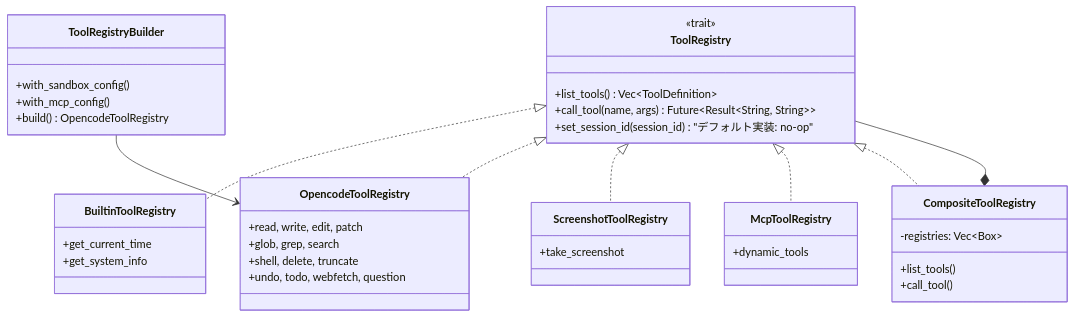
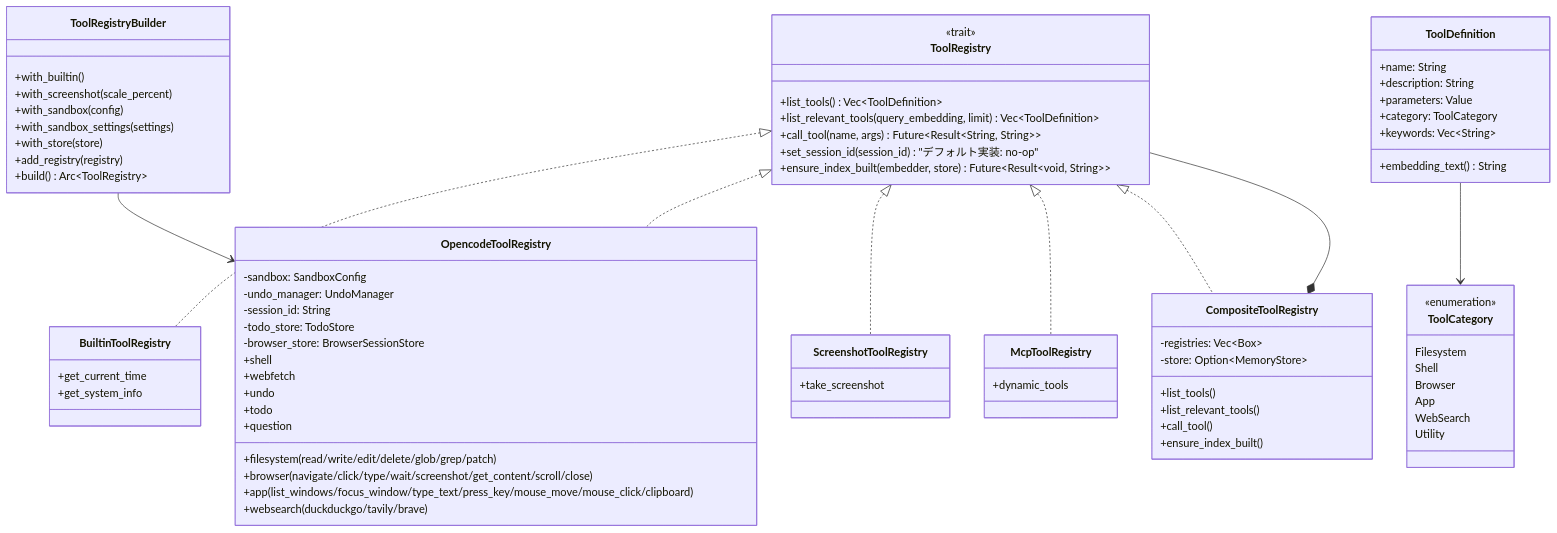
Before and after one commit to pexisgle/ene: the ninth of 13 diagrams in docs/ai-core-flow.md, drawn with Mermaid. The commit also changed other lines of this file and 29 other files, not shown here.

First line of the commit message:
refactor: reorganize tools into submodules and expand app automation

````diff
--- a/docs/ai-core-flow.md
+++ b/docs/ai-core-flow.md
@@ -329,14 +370,39 @@
     class ToolRegistry {
         <<trait>>
         +list_tools() Vec~ToolDefinition~
+        +list_relevant_tools(query_embedding, limit) Vec~ToolDefinition~
         +call_tool(name, args) Future~Result&lt;String, String&gt;~
         +set_session_id(session_id) "デフォルト実装: no-op"
+        +ensure_index_built(embedder, store) Future~Result&lt;void, String&gt;~
+    }
+
+    class ToolDefinition {
+        +name: String
+        +description: String
+        +parameters: Value
+        +category: ToolCategory
+        +keywords: Vec~String~
+        +embedding_text() String
+    }
+
+    class ToolCategory {
+        <<enumeration>>
+        Filesystem
+        Shell
+        Browser
+        App
+        WebSearch
+        Utility
     }
 
     class ToolRegistryBuilder {
-        +with_sandbox_config()
-        +with_mcp_config()
-        +build() OpencodeToolRegistry
+        +with_builtin()
+        +with_screenshot(scale_percent)
+        +with_sandbox(config)
+        +with_sandbox_settings(settings)
+        +with_store(store)
+        +add_registry(registry)
+        +build() Arc~ToolRegistry~
     }
 
     class BuiltinToolRegistry {
@@ -345,10 +411,20 @@
     }
 
     class OpencodeToolRegistry {
-        +read, write, edit, patch
-        +glob, grep, search
-        +shell, delete, truncate
-        +undo, todo, webfetch, question
+        -sandbox: SandboxConfig
+        -undo_manager: UndoManager
+        -session_id: String
+        -todo_store: TodoStore
+        -browser_store: BrowserSessionStore
+        +filesystem (read/write/edit/delete/glob/grep/patch)
+        +shell
+        +browser (navigate/click/type/wait/screenshot/get_content/scroll/close)
+        +app (list_windows/focus_window/type_text/press_key/mouse_move/mouse_click/clipboard)
+        +webfetch
+        +websearch (duckduckgo/tavily/brave)
+        +undo
+        +todo
+        +question
     }
 
     class ScreenshotToolRegistry {
@@ -361,8 +437,11 @@
 
     class CompositeToolRegistry {
         -registries: Vec~Box~
+        -store: Option~MemoryStore~
         +list_tools()
+        +list_relevant_tools()
         +call_tool()
+        +ensure_index_built()
     }
 
     ToolRegistry <|.. BuiltinToolRegistry
@@ -372,4 +451,5 @@
     ToolRegistry <|.. CompositeToolRegistry
     CompositeToolRegistry *-- ToolRegistry
     ToolRegistryBuilder --> OpencodeToolRegistry
+    ToolDefinition --> ToolCategory
 ```
````
